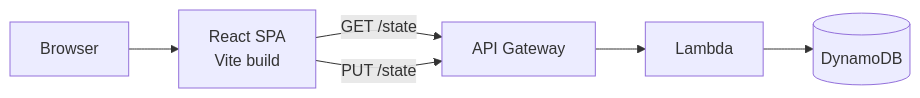
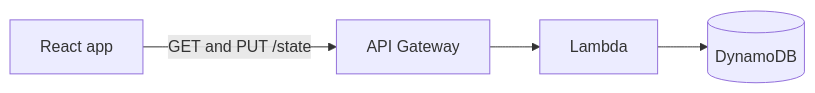
The diagram in README.md (anitajiang8/aws-task-dashboard), drawn with Mermaid before and after one commit. The commit also changed other lines of this file and 5 other files, not shown here.

````diff
--- a/README.md
+++ b/README.md
@@ -40,8 +47,6 @@
 ```mermaid
 flowchart LR
-  U[Browser] --> S[React SPA<br/>Vite build]
-  S -->|GET /state| G[API Gateway]
-  S -->|PUT /state| G
-  G --> L[Lambda]
-  L --> D[(DynamoDB)]
+  A[React app] -->|GET and PUT /state| B[API Gateway]
+  B --> C[Lambda]
+  C --> D[(DynamoDB)]
 ```
````
